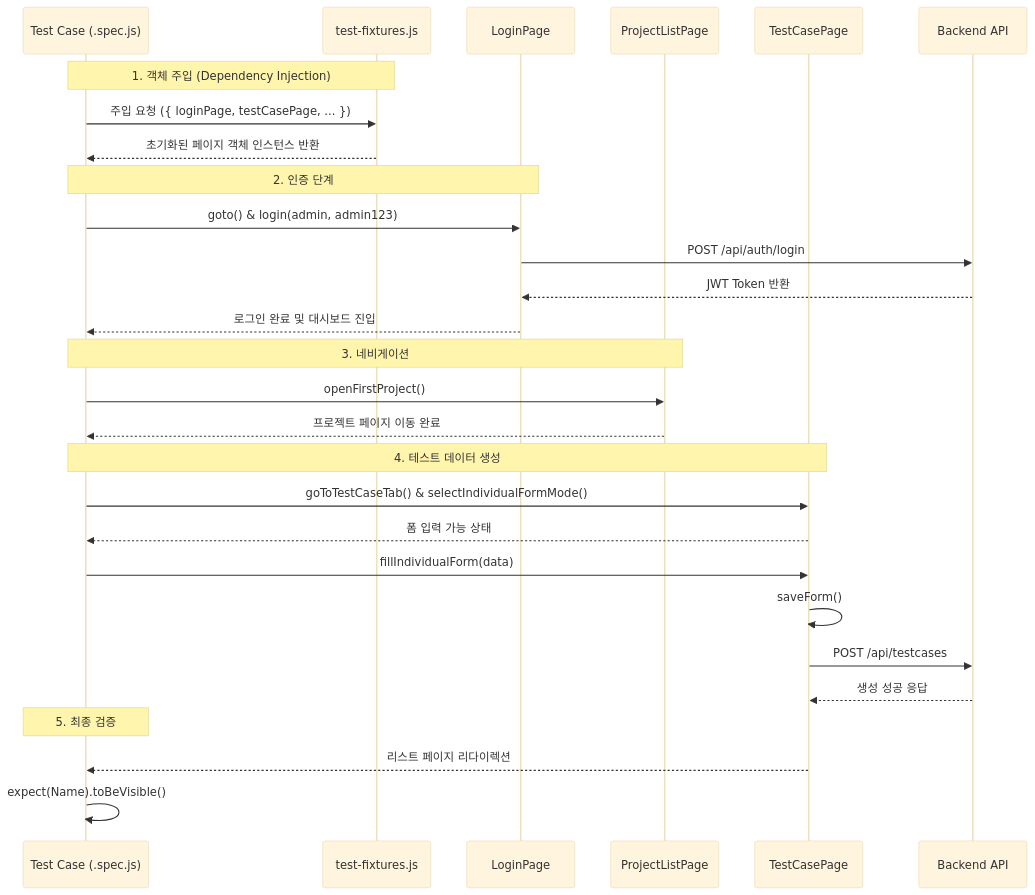
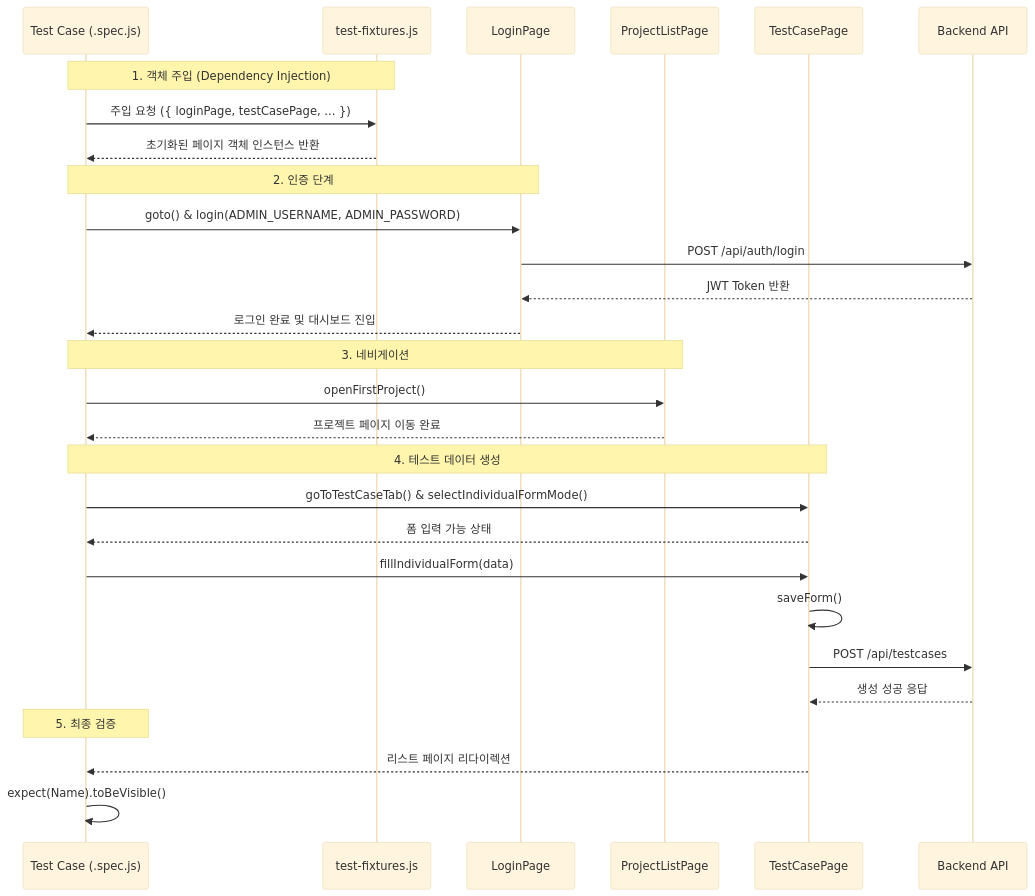
Before and after one commit to xmlangel/testcasecraft: the second of 2 diagrams in docs/E2E_TESTING_GUIDE.md, drawn with Mermaid (base theme). The commit also changed other lines of this file, not shown here.

````diff
--- a/docs/E2E_TESTING_GUIDE.md
+++ b/docs/E2E_TESTING_GUIDE.md
@@ -216,36 +224,36 @@
 ```mermaid
 sequenceDiagram
     participant Test as Test Case (.spec.js)
     participant Fixture as test-fixtures.js
     participant LP as LoginPage
     participant PLP as ProjectListPage
     participant TCP as TestCasePage
     participant API as Backend API
 
     Note over Test, Fixture: 1. 객체 주입 (Dependency Injection)
     Test->>Fixture: 주입 요청 ({ loginPage, testCasePage, ... })
     Fixture-->>Test: 초기화된 페이지 객체 인스턴스 반환
     
     Note over Test, LP: 2. 인증 단계
-    Test->>LP: goto() & login(admin, admin123)
+    Test->>LP: goto() & login(ADMIN_USERNAME, ADMIN_PASSWORD)
     LP->>API: POST /api/auth/login
     API-->>LP: JWT Token 반환
     LP-->>Test: 로그인 완료 및 대시보드 진입
     
     Note over Test, PLP: 3. 네비게이션
     Test->>PLP: openFirstProject()
     PLP-->>Test: 프로젝트 페이지 이동 완료
     
     Note over Test, TCP: 4. 테스트 데이터 생성
     Test->>TCP: goToTestCaseTab() & selectIndividualFormMode()
     TCP-->>Test: 폼 입력 가능 상태
     
     Test->>TCP: fillIndividualForm(data)
     TCP->>TCP: saveForm()
     TCP->>API: POST /api/testcases
     API-->>TCP: 생성 성공 응답
     
     Note over Test: 5. 최종 검증
     TCP-->>Test: 리스트 페이지 리다이렉션
     Test->>Test: expect(Name).toBeVisible()
 ```
````
